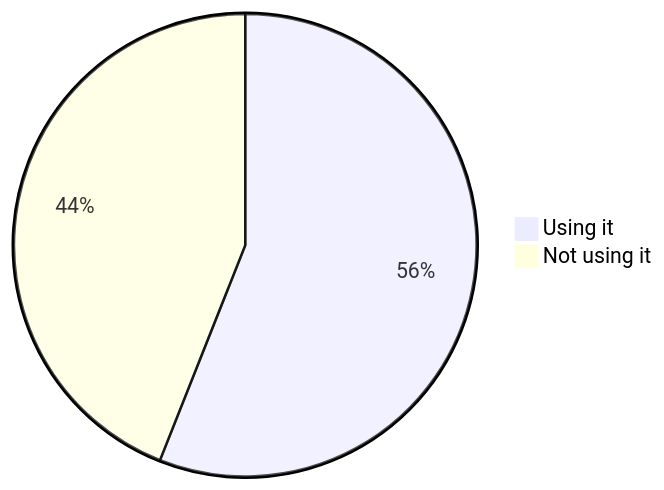
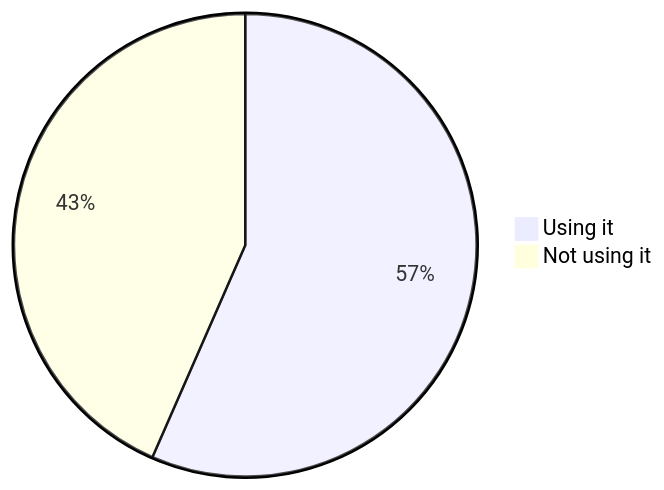
The second of 22 diagrams in stats.md (oshp/oshp-stats), drawn with Mermaid before and after one commit. The commit also changed other lines of this file, not shown here.

````diff
--- a/stats.md
+++ b/stats.md
@@ -22,6 +22,6 @@
 ```mermaid
 pie
-	"Using it" : 56.01
-	"Not using it" : 43.99
+	"Using it" : 56.57
+	"Not using it" : 43.43
 
 ```
````
